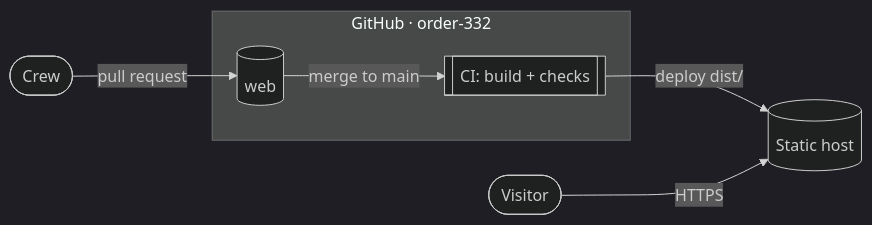
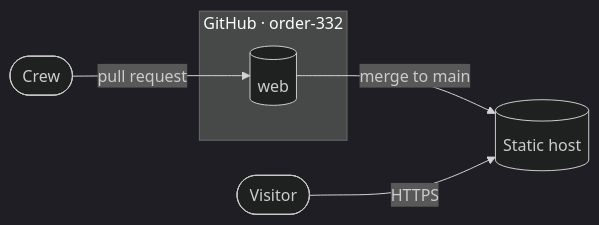
Before and after one commit to order-332/web: the first of 2 diagrams in docs/ARCHITECTURE.md, drawn with Mermaid (dark theme). The commit also changed other lines of this file and 1 other file, not shown here.

Commit message:
Reduce architecture to a single static page

````diff
--- a/docs/ARCHITECTURE.md
+++ b/docs/ARCHITECTURE.md
@@ -7,17 +7,15 @@
 ```mermaid
 flowchart LR
   visitor([Visitor])
   crew([Crew])
 
   subgraph gh [GitHub · order-332]
     repo[(web)]
-    ci[["CI: build + checks"]]
   end
 
   host[("Static host")]
 
   crew -- "pull request" --> repo
-  repo -- "merge to main" --> ci
-  ci -- "deploy dist/" --> host
+  repo -- "merge to main" --> host
   visitor -- "HTTPS" --> host
 ```
````
